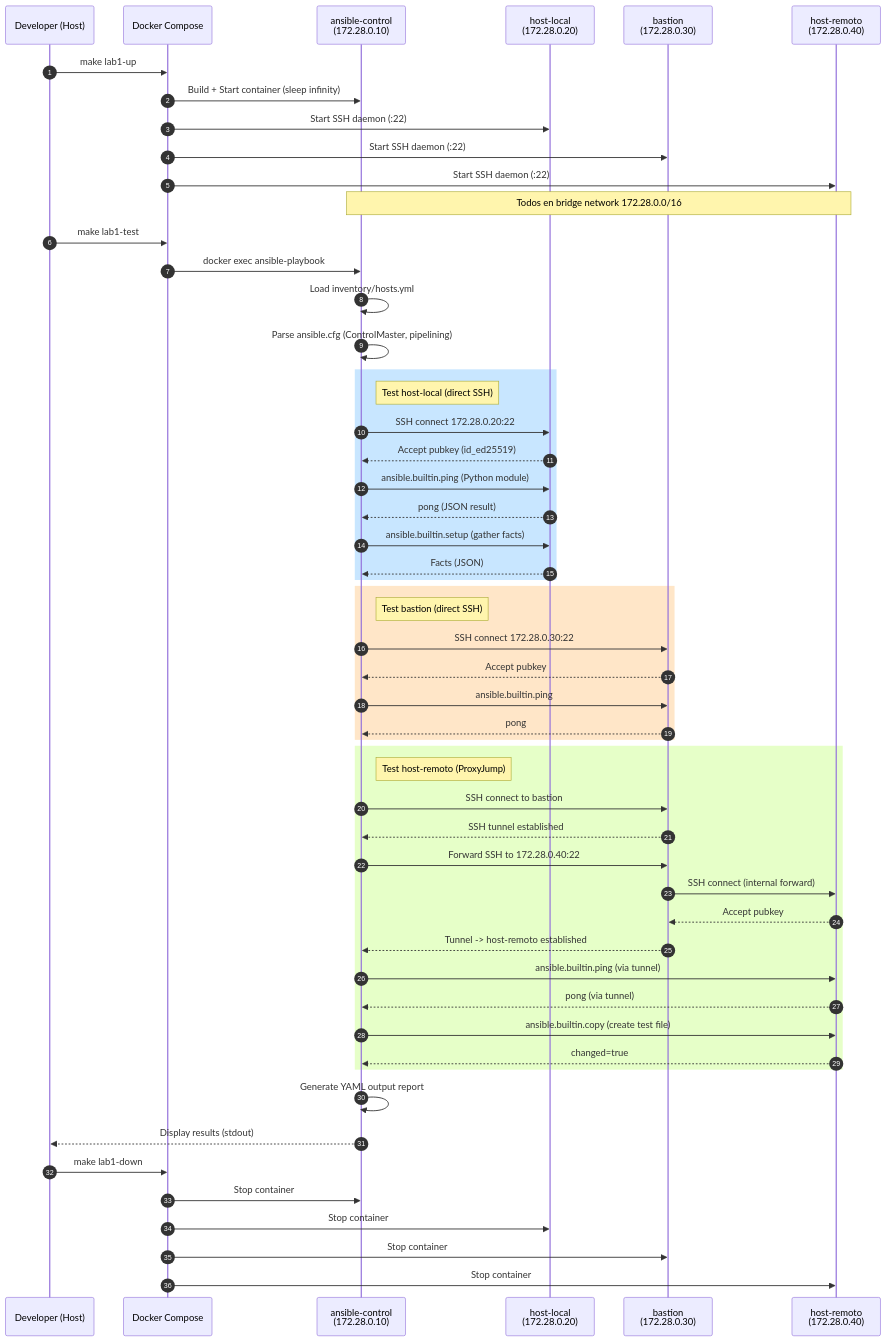
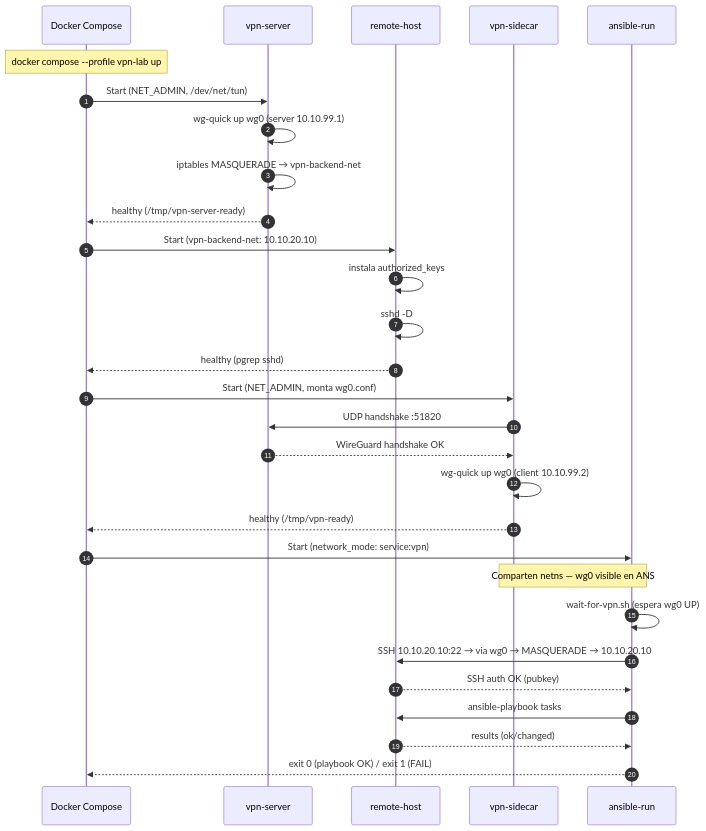
Before and after one commit to VanOps/kubernetes-job-over-VPN: the diagram in docs/ssh/02-docker-ansible-lab.md, drawn with Mermaid. The commit also changed other lines of this file and 15 other files, not shown here.

````diff
--- a/docs/ssh/02-docker-ansible-lab.md
+++ b/docs/ssh/02-docker-ansible-lab.md
@@ -574,65 +179,36 @@
 ```mermaid
 sequenceDiagram
     autonumber
-    participant USER as Developer (Host)
     participant DC as Docker Compose
-    participant AC as ansible-control<br/>(172.28.0.10)
-    participant HL as host-local<br/>(172.28.0.20)
-    participant BS as bastion<br/>(172.28.0.30)
-    participant HR as host-remoto<br/>(172.28.0.40)
+    participant WGS as vpn-server
+    participant RH as remote-host
+    participant VPN as vpn-sidecar
+    participant ANS as ansible-run
 
-    USER->>DC: make lab1-up
-    DC->>AC: Build + Start container (sleep infinity)
-    DC->>HL: Start SSH daemon (:22)
-    DC->>BS: Start SSH daemon (:22)
-    DC->>HR: Start SSH daemon (:22)
+    Note over DC: docker compose --profile vpn-lab up
 
-    Note over AC,HR: Todos en bridge network 172.28.0.0/16
+    DC->>WGS: Start (NET_ADMIN, /dev/net/tun)
+    WGS->>WGS: wg-quick up wg0 (server 10.10.99.1)
+    WGS->>WGS: iptables MASQUERADE → vpn-backend-net
+    WGS-->>DC: healthy (/tmp/vpn-server-ready)
 
-    USER->>DC: make lab1-test
-    DC->>AC: docker exec ansible-playbook
+    DC->>RH: Start (vpn-backend-net: 10.10.20.10)
+    RH->>RH: instala authorized_keys
+    RH->>RH: sshd -D
+    RH-->>DC: healthy (pgrep sshd)
 
-    AC->>AC: Load inventory/hosts.yml
-    AC->>AC: Parse ansible.cfg (ControlMaster, pipelining)
+    DC->>VPN: Start (NET_ADMIN, monta wg0.conf)
+    VPN->>WGS: UDP handshake :51820
+    WGS-->>VPN: WireGuard handshake OK
+    VPN->>VPN: wg-quick up wg0 (client 10.10.99.2)
+    VPN-->>DC: healthy (/tmp/vpn-ready)
 
-    rect rgb(200, 230, 255)
-        Note right of AC: Test host-local (direct SSH)
-        AC->>HL: SSH connect 172.28.0.20:22
-        HL-->>AC: Accept pubkey (id_ed25519)
-        AC->>HL: ansible.builtin.ping (Python module)
-        HL-->>AC: pong (JSON result)
-        AC->>HL: ansible.builtin.setup (gather facts)
-        HL-->>AC: Facts (JSON)
-    end
-
-    rect rgb(255, 230, 200)
-        Note right of AC: Test bastion (direct SSH)
-        AC->>BS: SSH connect 172.28.0.30:22
-        BS-->>AC: Accept pubkey
-        AC->>BS: ansible.builtin.ping
-        BS-->>AC: pong
-    end
-
-    rect rgb(230, 255, 200)
-        Note right of AC: Test host-remoto (ProxyJump)
-        AC->>BS: SSH connect to bastion
-        BS-->>AC: SSH tunnel established
-        AC->>BS: Forward SSH to 172.28.0.40:22
-        BS->>HR: SSH connect (internal forward)
-        HR-->>BS: Accept pubkey
-        BS-->>AC: Tunnel -> host-remoto established
-        AC->>HR: ansible.builtin.ping (via tunnel)
-        HR-->>AC: pong (via tunnel)
-        AC->>HR: ansible.builtin.copy (create test file)
-        HR-->>AC: changed=true
-    end
-
-    AC->>AC: Generate YAML output report
-    AC-->>USER: Display results (stdout)
-
-    USER->>DC: make lab1-down
-    DC->>AC: Stop container
-    DC->>HL: Stop container
-    DC->>BS: Stop container
-    DC->>HR: Stop container
+    DC->>ANS: Start (network_mode: service:vpn)
+    Note over ANS,VPN: Comparten netns — wg0 visible en ANS
+    ANS->>ANS: wait-for-vpn.sh (espera wg0 UP)
+    ANS->>RH: SSH 10.10.20.10:22 → via wg0 → MASQUERADE → 10.10.20.10
+    RH-->>ANS: SSH auth OK (pubkey)
+    ANS->>RH: ansible-playbook tasks
+    RH-->>ANS: results (ok/changed)
+    ANS-->>DC: exit 0 (playbook OK) / exit 1 (FAIL)
 ```
````
